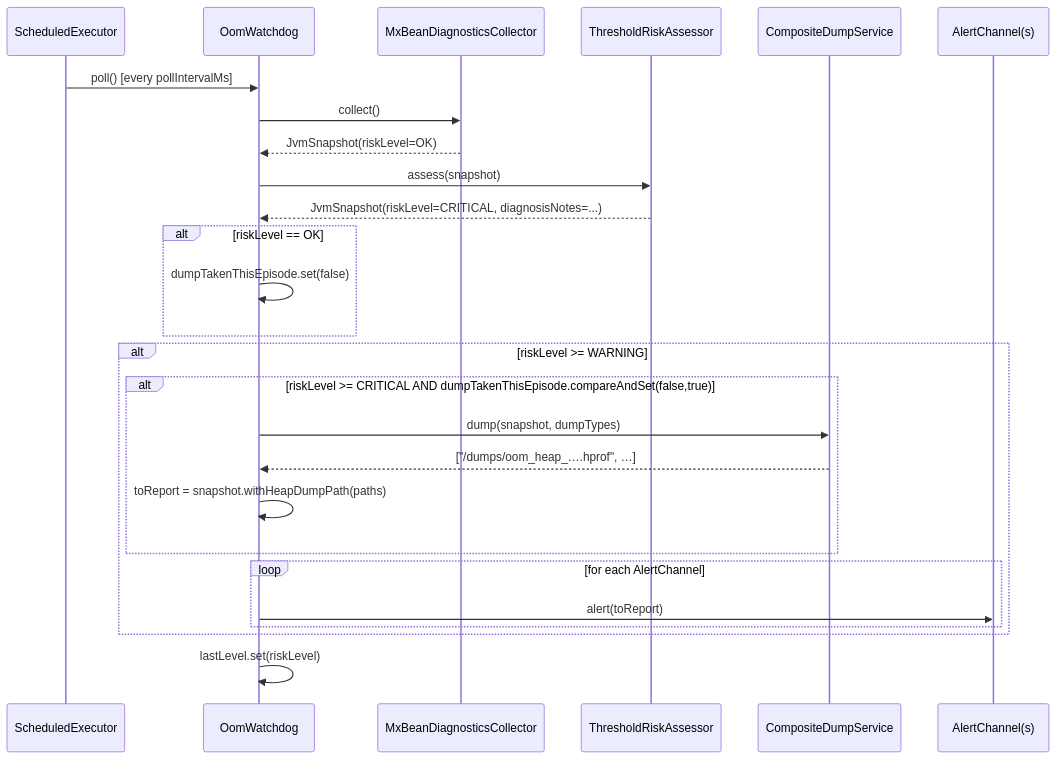
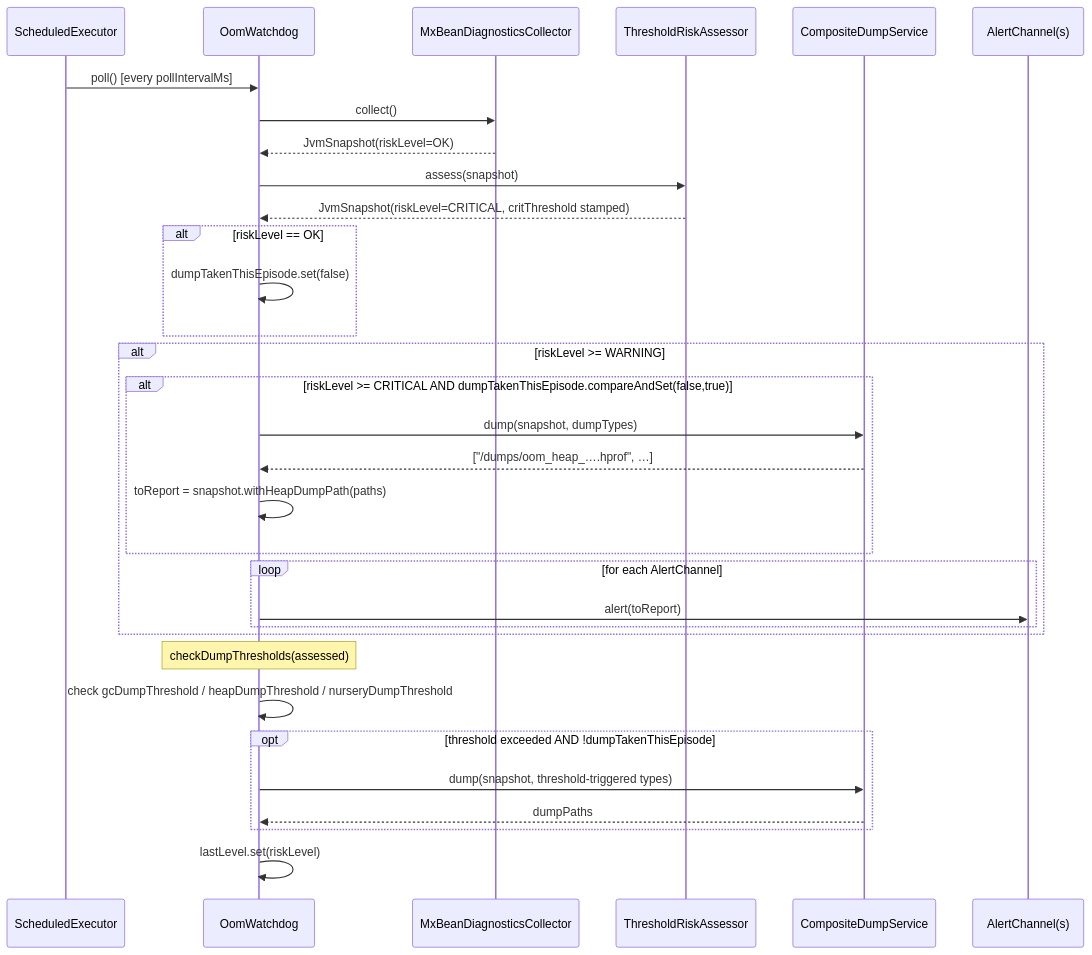
The third of 5 diagrams in ARCHITECTURE.md (kgillard/oom-watchdog), drawn with Mermaid before and after one commit. The commit also changed other lines of this file and 96 other files, not shown here.

````diff
--- a/ARCHITECTURE.md
+++ b/ARCHITECTURE.md
@@ -389,32 +411,39 @@
 ```mermaid
 sequenceDiagram
     participant Scheduler as ScheduledExecutor
     participant WD as OomWatchdog
     participant COL as MxBeanDiagnosticsCollector
     participant ASS as ThresholdRiskAssessor
     participant DUMP as CompositeDumpService
     participant CH as AlertChannel(s)
 
     Scheduler->>WD: poll() [every pollIntervalMs]
     WD->>COL: collect()
     COL-->>WD: JvmSnapshot(riskLevel=OK)
     WD->>ASS: assess(snapshot)
-    ASS-->>WD: JvmSnapshot(riskLevel=CRITICAL, diagnosisNotes=...)
+    ASS-->>WD: JvmSnapshot(riskLevel=CRITICAL, critThreshold stamped)
 
     alt riskLevel == OK
         WD->>WD: dumpTakenThisEpisode.set(false)
     end
 
     alt riskLevel >= WARNING
         alt riskLevel >= CRITICAL AND dumpTakenThisEpisode.compareAndSet(false,true)
             WD->>DUMP: dump(snapshot, dumpTypes)
             DUMP-->>WD: ["/dumps/oom_heap_….hprof", …]
             WD->>WD: toReport = snapshot.withHeapDumpPath(paths)
         end
         loop for each AlertChannel
             WD->>CH: alert(toReport)
         end
     end
 
+    Note over WD: checkDumpThresholds(assessed)
+    WD->>WD: check gcDumpThreshold / heapDumpThreshold / nurseryDumpThreshold
+    opt threshold exceeded AND !dumpTakenThisEpisode
+        WD->>DUMP: dump(snapshot, threshold-triggered types)
+        DUMP-->>WD: dumpPaths
+    end
+
     WD->>WD: lastLevel.set(riskLevel)
 ```
````
